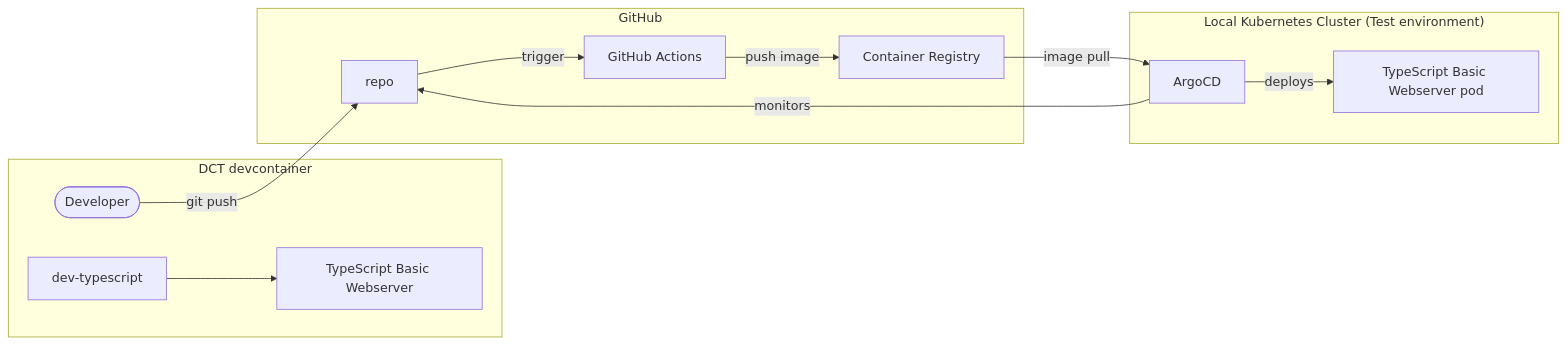
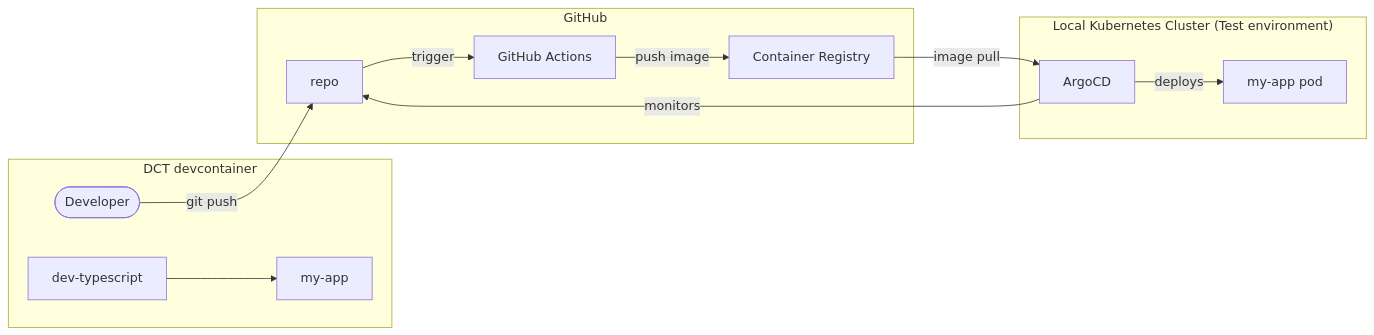
One commit to helpers-no/dev-templates changed the diagram in website/docs/templates/basic-web-server/typescript-basic-webserver.mdx. Above: the diagram before and after it, drawn with Mermaid. The commit also changed other lines of this file and 33 other files, not shown here.

First line of the commit message:
Schema cleanup: kill summary, split quickstart, add params/prerequisites/abstracts

````diff
--- a/website/docs/templates/basic-web-server/typescript-basic-webserver.mdx
+++ b/website/docs/templates/basic-web-server/typescript-basic-webserver.mdx
@@ -44,25 +44,25 @@
 ```mermaid
 flowchart LR
     subgraph dct["DCT devcontainer"]
         dev(["Developer"])
         dev_typescript["dev-typescript"]
-        app["TypeScript Basic Webserver"]
+        app["my-app"]
     end
     subgraph k8s["Local Kubernetes Cluster (Test environment)"]
         argo["ArgoCD"]
-        pod["TypeScript Basic Webserver pod"]
+        pod["my-app pod"]
     end
     subgraph gh["GitHub"]
         repo["repo"]
         actions["GitHub Actions"]
         ghcr["Container Registry"]
     end
 
     dev_typescript --> app
     dev -->|git push| repo
     repo -->|trigger| actions
     actions -->|push image| ghcr
     argo -->|monitors| repo
     ghcr -->|image pull| argo
     argo -->|deploys| pod
 ```
````
